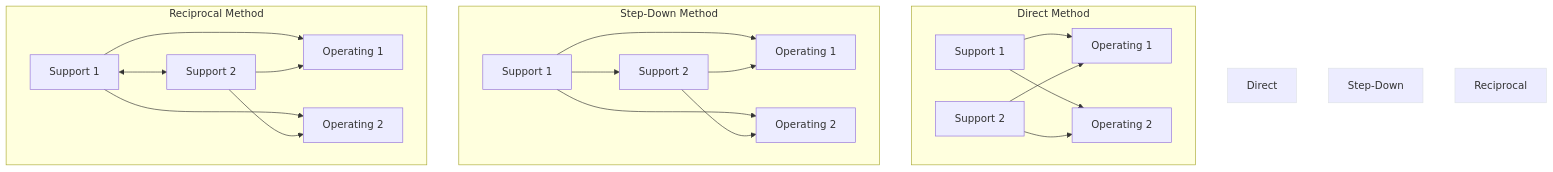
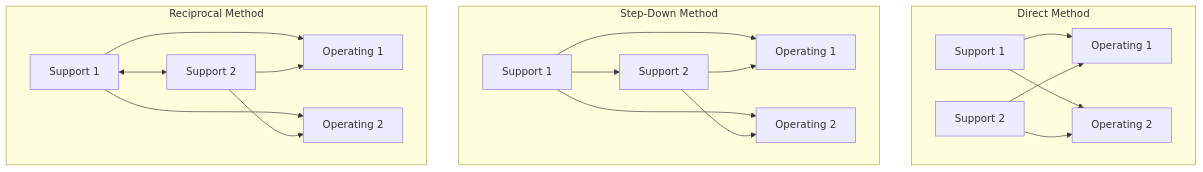
One commit to Soohaeib/shared-obsidian-notes changed the diagram in note-res/ai-comprehension/acc-304-cost-accounting-i/acc-304-notes-step-6.md. Above: the diagram before and after it, drawn with Mermaid. The commit also changed other lines of this file and 7 other files, not shown here.

````diff
--- a/note-res/ai-comprehension/acc-304-cost-accounting-i/acc-304-notes-step-6.md
+++ b/note-res/ai-comprehension/acc-304-cost-accounting-i/acc-304-notes-step-6.md
@@ -95,29 +94,25 @@
 ```mermaid
 graph TD
     subgraph Direct Method
         D_S1[Support 1] --> D_O1[Operating 1]
         D_S1 --> D_O2[Operating 2]
         D_S2[Support 2] --> D_O1
         D_S2 --> D_O2
     end
-    
+
     subgraph Step-Down Method
         SD_S1[Support 1] --> SD_S2[Support 2]
         SD_S1 --> SD_O1[Operating 1]
         SD_S1 --> SD_O2[Operating 2]
         SD_S2 --> SD_O1
         SD_S2 --> SD_O2
     end
-    
+
     subgraph Reciprocal Method
         R_S1[Support 1] <--> R_S2[Support 2]
         R_S1 --> R_O1[Operating 1]
         R_S1 --> R_O2[Operating 2]
         R_S2 --> R_O1
         R_S2 --> R_O2
     end
-    
-    style Direct Method fill:#f8f9fa,stroke:#dee2e6
-    style Step-Down Method fill:#f8f9fa,stroke:#dee2e6
-    style Reciprocal Method fill:#f8f9fa,stroke:#dee2e6
 ```
````
